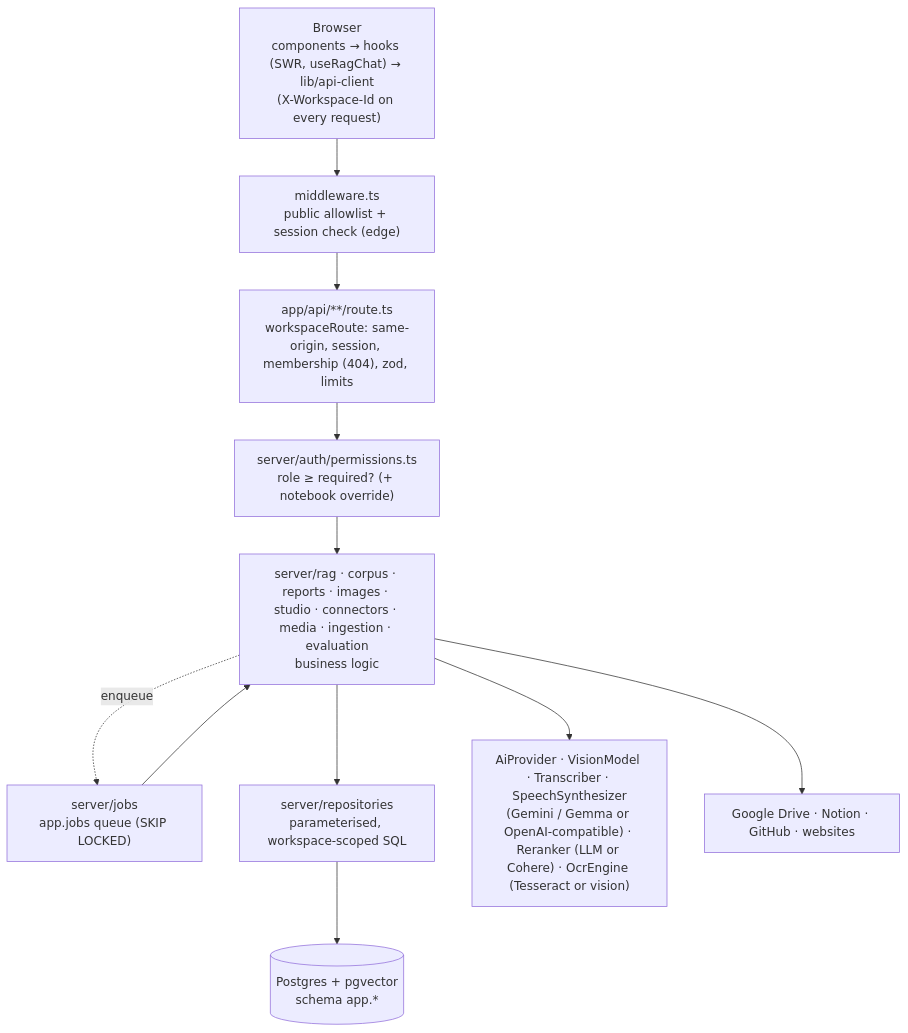
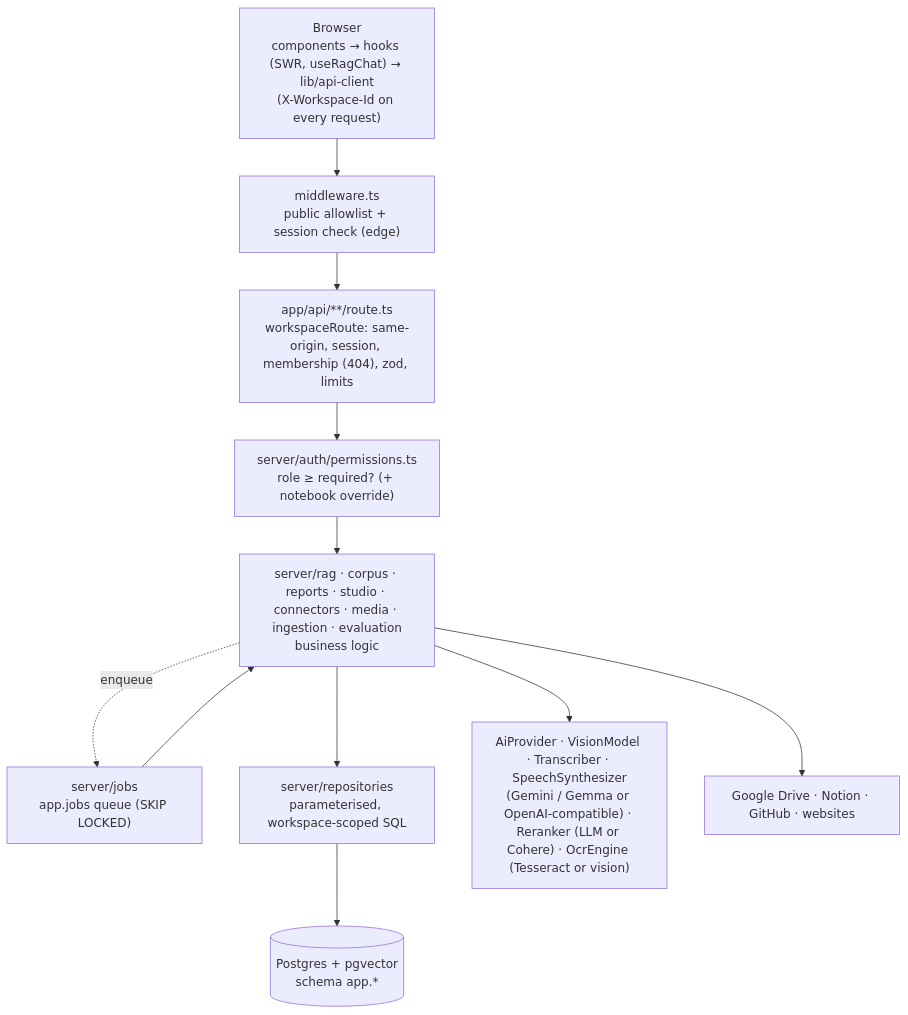
The first of 3 diagrams in docs/ARCHITECTURE.md (ankityadav1asia/Corpus), drawn with Mermaid before and after one commit. The commit also changed other lines of this file and 69 other files, not shown here.

````diff
--- a/docs/ARCHITECTURE.md
+++ b/docs/ARCHITECTURE.md
@@ -69,17 +68,17 @@
 ```mermaid
 flowchart TD
   Browser["Browser<br/>components → hooks (SWR, useRagChat) → lib/api-client<br/>(X-Workspace-Id on every request)"]
   MW["middleware.ts<br/>public allowlist + session check (edge)"]
   Route["app/api/**/route.ts<br/>workspaceRoute: same-origin, session, membership (404), zod, limits"]
   Perm["server/auth/permissions.ts<br/>role ≥ required? (+ notebook override)"]
-  Services["server/rag · corpus · reports · images · studio · connectors · media · ingestion · evaluation<br/>business logic"]
+  Services["server/rag · corpus · reports · studio · connectors · media · ingestion · evaluation<br/>business logic"]
   Jobs["server/jobs<br/>app.jobs queue (SKIP LOCKED)"]
   Repos["server/repositories<br/>parameterised, workspace-scoped SQL"]
   DB[("Postgres + pgvector<br/>schema app.*")]
   AI["AiProvider · VisionModel · Transcriber · SpeechSynthesizer<br/>(Gemini / Gemma or OpenAI-compatible) · Reranker (LLM or Cohere) · OcrEngine (Tesseract or vision)"]
   Apps["Google Drive · Notion · GitHub · websites"]
   Browser --> MW --> Route --> Perm --> Services --> Repos --> DB
   Services --> AI
   Services --> Apps
   Services -. enqueue .-> Jobs --> Services
 ```
````
